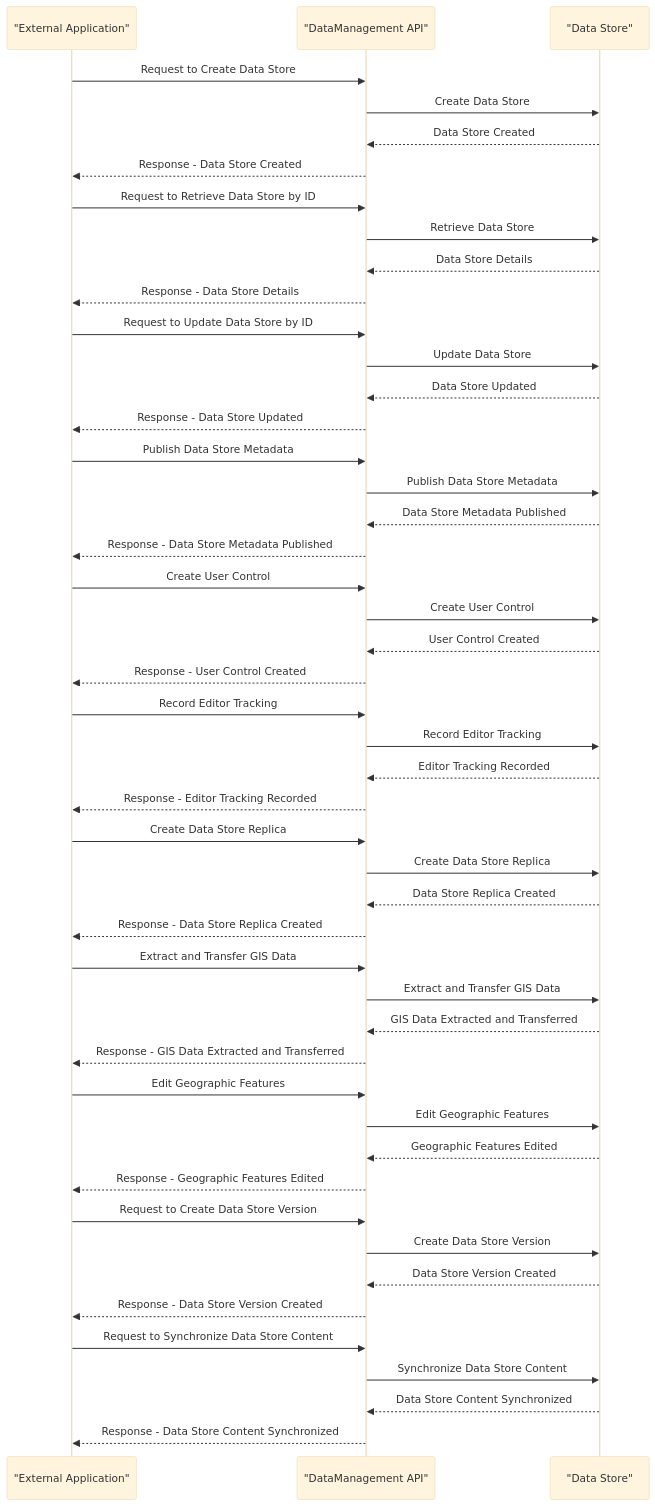
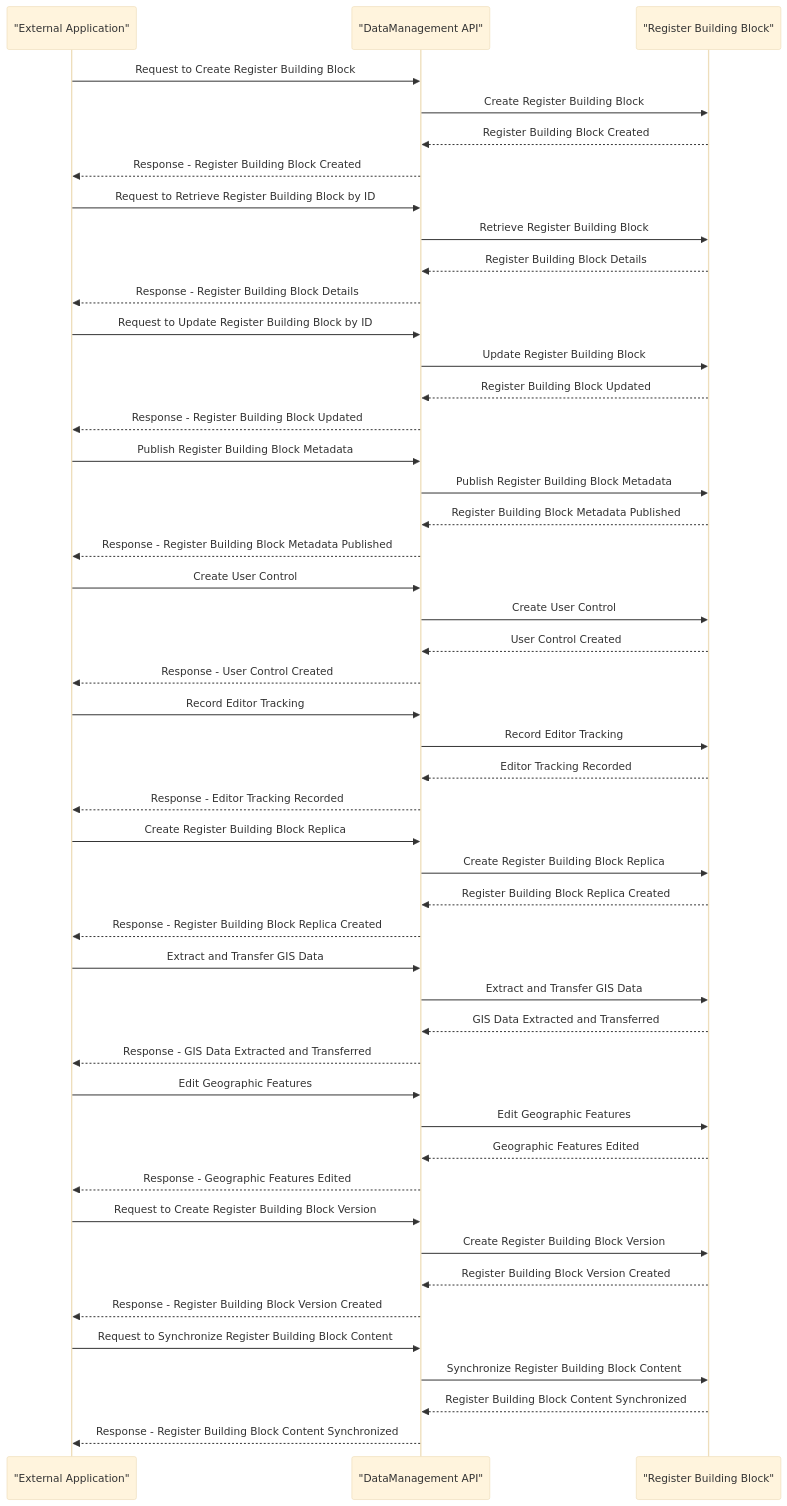
The seventh of 18 diagrams in spec/9-workflows.md (GovStackWorkingGroup/bb-gis), drawn with Mermaid (base theme) before and after one commit. The commit also changed other lines of this file and 20 other files, not shown here.

````diff
--- a/spec/9-workflows.md
+++ b/spec/9-workflows.md
@@ -210,62 +211,62 @@
 ```mermaid
 sequenceDiagram
   participant ExternalApp as "External Application"
   participant DataManagementAPI as "DataManagement API"
-  participant DataStore as "Data Store"
+  participant RegisterBB as "Register Building Block"
 
-  ExternalApp ->> DataManagementAPI: Request to Create Data Store
-  DataManagementAPI ->> DataStore: Create Data Store
-  DataStore -->> DataManagementAPI: Data Store Created
-  DataManagementAPI -->> ExternalApp: Response - Data Store Created
+  ExternalApp ->> DataManagementAPI: Request to Create Register Building Block
+  DataManagementAPI ->> RegisterBB: Create Register Building Block
+  RegisterBB -->> DataManagementAPI: Register Building Block Created
+  DataManagementAPI -->> ExternalApp: Response - Register Building Block Created
 
-  ExternalApp ->> DataManagementAPI: Request to Retrieve Data Store by ID
-  DataManagementAPI ->> DataStore: Retrieve Data Store
-  DataStore -->> DataManagementAPI: Data Store Details
-  DataManagementAPI -->> ExternalApp: Response - Data Store Details
+  ExternalApp ->> DataManagementAPI: Request to Retrieve Register Building Block by ID
+  DataManagementAPI ->> RegisterBB: Retrieve Register Building Block
+  RegisterBB -->> DataManagementAPI: Register Building Block Details
+  DataManagementAPI -->> ExternalApp: Response - Register Building Block Details
 
-  ExternalApp ->> DataManagementAPI: Request to Update Data Store by ID
-  DataManagementAPI ->> DataStore: Update Data Store
-  DataStore -->> DataManagementAPI: Data Store Updated
-  DataManagementAPI -->> ExternalApp: Response - Data Store Updated
+  ExternalApp ->> DataManagementAPI: Request to Update Register Building Block by ID
+  DataManagementAPI ->> RegisterBB: Update Register Building Block
+  RegisterBB -->> DataManagementAPI: Register Building Block Updated
+  DataManagementAPI -->> ExternalApp: Response - Register Building Block Updated
 
-  ExternalApp ->> DataManagementAPI: Publish Data Store Metadata
-  DataManagementAPI ->> DataStore: Publish Data Store Metadata
-  DataStore -->> DataManagementAPI: Data Store Metadata Published
-  DataManagementAPI -->> ExternalApp: Response - Data Store Metadata Published
+  ExternalApp ->> DataManagementAPI: Publish Register Building Block Metadata
+  DataManagementAPI ->> RegisterBB: Publish Register Building Block Metadata
+  RegisterBB -->> DataManagementAPI: Register Building Block Metadata Published
+  DataManagementAPI -->> ExternalApp: Response - Register Building Block Metadata Published
 
   ExternalApp ->> DataManagementAPI: Create User Control
-  DataManagementAPI ->> DataStore: Create User Control
-  DataStore -->> DataManagementAPI: User Control Created
+  DataManagementAPI ->> RegisterBB: Create User Control
+  RegisterBB -->> DataManagementAPI: User Control Created
   DataManagementAPI -->> ExternalApp: Response - User Control Created
 
   ExternalApp ->> DataManagementAPI: Record Editor Tracking
-  DataManagementAPI ->> DataStore: Record Editor Tracking
-  DataStore -->> DataManagementAPI: Editor Tracking Recorded
+  DataManagementAPI ->> RegisterBB: Record Editor Tracking
+  RegisterBB -->> DataManagementAPI: Editor Tracking Recorded
   DataManagementAPI -->> ExternalApp: Response - Editor Tracking Recorded
 
-  ExternalApp ->> DataManagementAPI: Create Data Store Replica
-  DataManagementAPI ->> DataStore: Create Data Store Replica
-  DataStore -->> DataManagementAPI: Data Store Replica Created
-  DataManagementAPI -->> ExternalApp: Response - Data Store Replica Created
+  ExternalApp ->> DataManagementAPI: Create Register Building Block Replica
+  DataManagementAPI ->> RegisterBB: Create Register Building Block Replica
+  RegisterBB -->> DataManagementAPI: Register Building Block Replica Created
+  DataManagementAPI -->> ExternalApp: Response - Register Building Block Replica Created
 
   ExternalApp ->> DataManagementAPI: Extract and Transfer GIS Data
-  DataManagementAPI ->> DataStore: Extract and Transfer GIS Data
-  DataStore -->> DataManagementAPI: GIS Data Extracted and Transferred
+  DataManagementAPI ->> RegisterBB: Extract and Transfer GIS Data
+  RegisterBB -->> DataManagementAPI: GIS Data Extracted and Transferred
   DataManagementAPI -->> ExternalApp: Response - GIS Data Extracted and Transferred
 
   ExternalApp ->> DataManagementAPI: Edit Geographic Features
-  DataManagementAPI ->> DataStore: Edit Geographic Features
-  DataStore -->> DataManagementAPI: Geographic Features Edited
+  DataManagementAPI ->> RegisterBB: Edit Geographic Features
+  RegisterBB -->> DataManagementAPI: Geographic Features Edited
   DataManagementAPI -->> ExternalApp: Response - Geographic Features Edited
 
-  ExternalApp ->> DataManagementAPI: Request to Create Data Store Version
-  DataManagementAPI ->> DataStore: Create Data Store Version
-  DataStore -->> DataManagementAPI: Data Store Version Created
-  DataManagementAPI -->> ExternalApp: Response - Data Store Version Created
+  ExternalApp ->> DataManagementAPI: Request to Create Register Building Block Version
+  DataManagementAPI ->> RegisterBB: Create Register Building Block Version
+  RegisterBB -->> DataManagementAPI: Register Building Block Version Created
+  DataManagementAPI -->> ExternalApp: Response - Register Building Block Version Created
 
-  ExternalApp ->> DataManagementAPI: Request to Synchronize Data Store Content
-  DataManagementAPI ->> DataStore: Synchronize Data Store Content
-  DataStore -->> DataManagementAPI: Data Store Content Synchronized
-  DataManagementAPI -->> ExternalApp: Response - Data Store Content Synchronized
+  ExternalApp ->> DataManagementAPI: Request to Synchronize Register Building Block Content
+  DataManagementAPI ->> RegisterBB: Synchronize Register Building Block Content
+  RegisterBB -->> DataManagementAPI: Register Building Block Content Synchronized
+  DataManagementAPI -->> ExternalApp: Response - Register Building Block Content Synchronized
 
 ```
````
